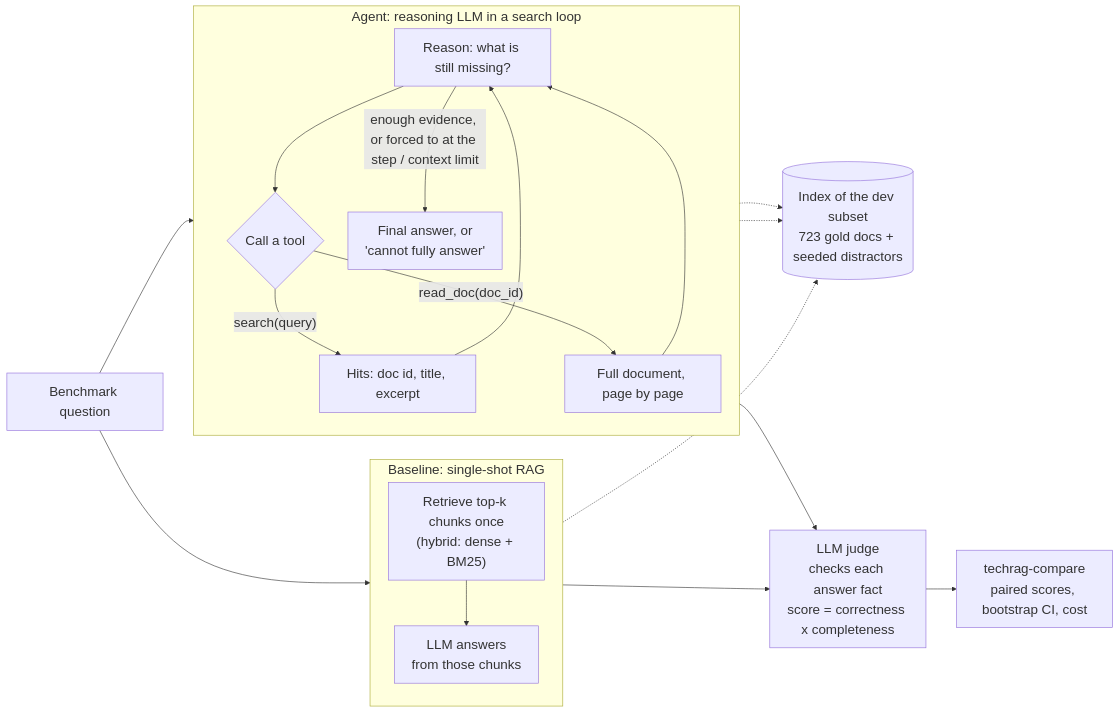
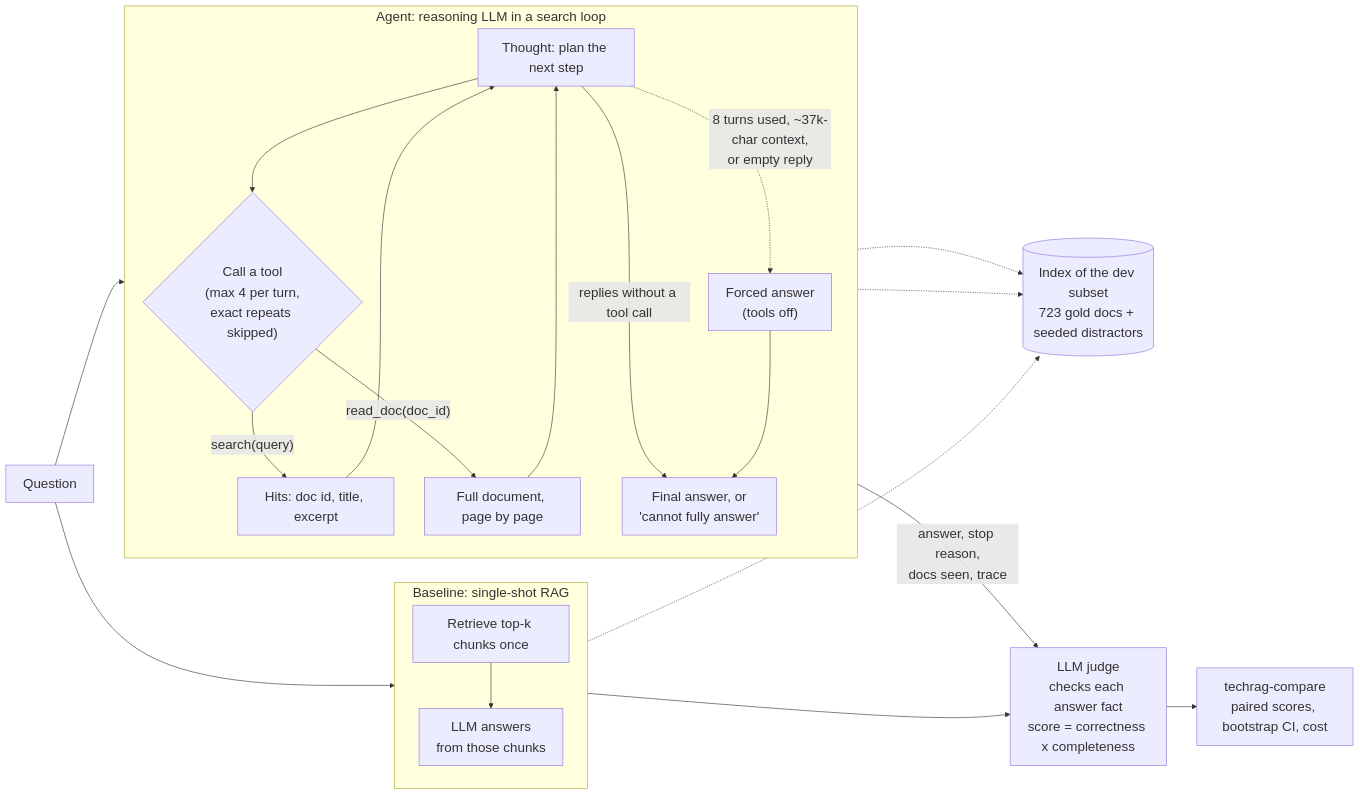
One commit to BOWENmeZHENG/TechRAG changed the diagram in README.md. Above: the diagram before and after it, drawn with Mermaid. The commit also changed other lines of this file, not shown here.

````diff
--- a/README.md
+++ b/README.md
@@ -20,31 +23,33 @@
 ```mermaid
 %%{init: {"themeVariables": {"fontSize": "22px"}, "flowchart": {"nodeSpacing": 40, "rankSpacing": 50, "padding": 14}}}%%
 flowchart LR
-    Q["Benchmark question"]
+    Q["Question"]
 
     subgraph BASE["Baseline: single-shot RAG"]
         direction TB
-        B1["Retrieve top-k chunks once<br/>(hybrid: dense + BM25)"] --> B2["LLM answers<br/>from those chunks"]
+        B1["Retrieve top-k chunks once"] --> B2["LLM answers<br/>from those chunks"]
     end
 
     subgraph AGENT["Agent: reasoning LLM in a search loop"]
         direction TB
-        A1["Reason: what is still missing?"] --> A2{"Call a tool"}
+        A1["Thought: plan the next step"] --> A2{"Call a tool<br/>(max 4 per turn,<br/>exact repeats skipped)"}
         A2 -->|"search(query)"| A3["Hits: doc id, title, excerpt"]
         A2 -->|"read_doc(doc_id)"| A4["Full document, page by page"]
         A3 --> A1
         A4 --> A1
-        A1 -->|"enough evidence, or forced to at the step / context limit"| A5["Final answer, or<br/>'cannot fully answer'"]
+        A1 -->|"replies without a tool call"| A5["Final answer, or<br/>'cannot fully answer'"]
+        A1 -.->|"8 turns used, ~37k-char context,<br/>or empty reply"| A6["Forced answer<br/>(tools off)"]
+        A6 --> A5
     end
 
     IDX[("Index of the dev subset<br/>723 gold docs + seeded distractors")]
     B1 -.-> IDX
     A3 -.-> IDX
     A4 -.-> IDX
 
     Q --> B1
     Q --> A1
     B2 --> J
-    A5 --> J["LLM judge<br/>checks each answer fact<br/>score = correctness x completeness"]
+    A5 -->|"answer, stop reason,<br/>docs seen, trace"| J["LLM judge<br/>checks each answer fact<br/>score = correctness x completeness"]
     J --> C["techrag-compare<br/>paired scores, bootstrap CI, cost"]
 ```
````
